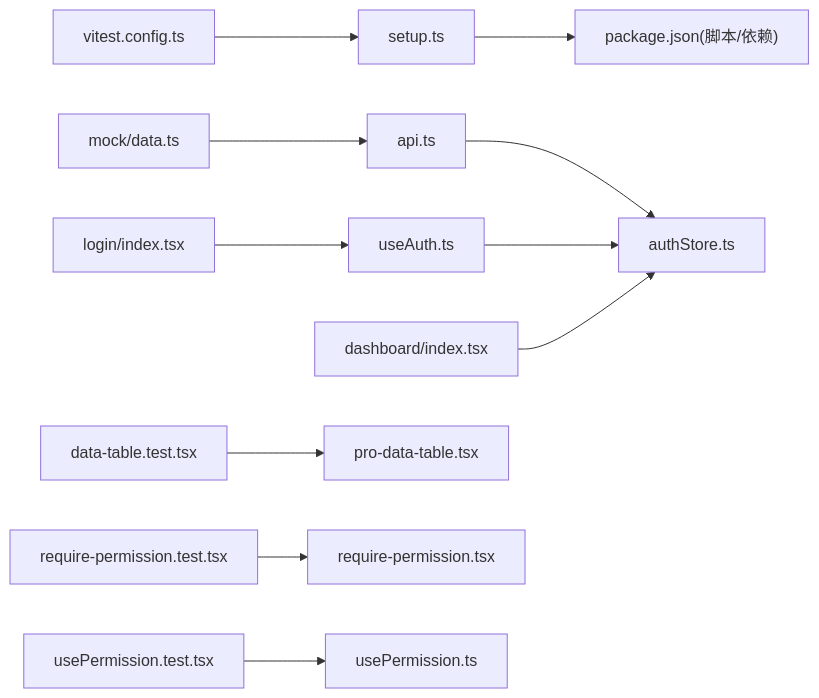
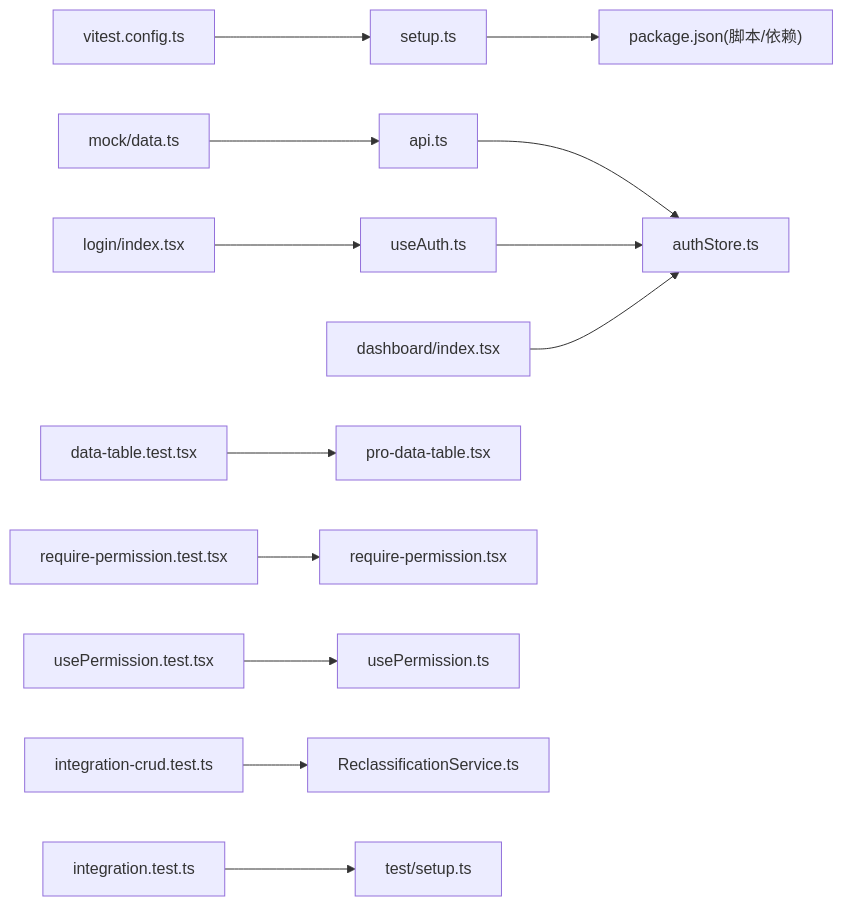
Diagram 12 of 12 in .qoder/repowiki/zh/content/测试策略/集成测试.md (Damao997/newproject), drawn with Mermaid before and after one commit. The commit also changed other lines of this file and 23 other files, not shown here.

````diff
--- a/.qoder/repowiki/zh/content/测试策略/集成测试.md
+++ b/.qoder/repowiki/zh/content/测试策略/集成测试.md
@@ -358,13 +484,15 @@
 ```mermaid
 graph LR
 V["vitest.config.ts"] --> S["setup.ts"]
 S --> Pkg["package.json(脚本/依赖)"]
 A["api.ts"] --> ST["authStore.ts"]
 U["useAuth.ts"] --> ST
 L["login/index.tsx"] --> U
 D["dashboard/index.tsx"] --> ST
 DT["data-table.test.tsx"] --> PT["pro-data-table.tsx"]
 RP["require-permission.test.tsx"] --> R["require-permission.tsx"]
 UP["usePermission.test.tsx"] --> UPK["usePermission.ts"]
 M["mock/data.ts"] --> A
+IC["integration-crud.test.ts"] --> RS["ReclassificationService.ts"]
+IT["integration.test.ts"] --> TS["test/setup.ts"]
 ```
````
